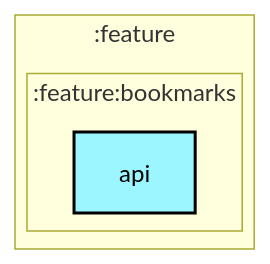
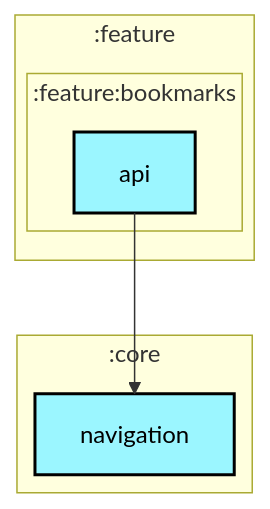
One commit to krystianchalimoniuk/nowinkitransferowe changed the first of 2 diagrams in feature/bookmarks/api/README.md. Above: the diagram before and after it, drawn with Mermaid. The commit also changed 95 other files, not shown here.

````diff
--- a/feature/bookmarks/api/README.md
+++ b/feature/bookmarks/api/README.md
@@ -6,23 +6,29 @@
 ```mermaid
 ---
 config:
   layout: elk
   elk:
     nodePlacementStrategy: SIMPLE
 ---
 graph TB
   subgraph :feature
     direction TB
     subgraph :feature:bookmarks
       direction TB
       :feature:bookmarks:api[api]:::android-library
     end
   end
+  subgraph :core
+    direction TB
+    :core:navigation[navigation]:::android-library
+  end
+
+  :feature:bookmarks:api --> :core:navigation
 
 classDef android-application fill:#CAFFBF,stroke:#000,stroke-width:2px,color:#000;
 classDef android-feature fill:#FFD6A5,stroke:#000,stroke-width:2px,color:#000;
 classDef android-library fill:#9BF6FF,stroke:#000,stroke-width:2px,color:#000;
 classDef android-test fill:#A0C4FF,stroke:#000,stroke-width:2px,color:#000;
 classDef jvm-library fill:#BDB2FF,stroke:#000,stroke-width:2px,color:#000;
 classDef unknown fill:#FFADAD,stroke:#000,stroke-width:2px,color:#000;
 ```
````
